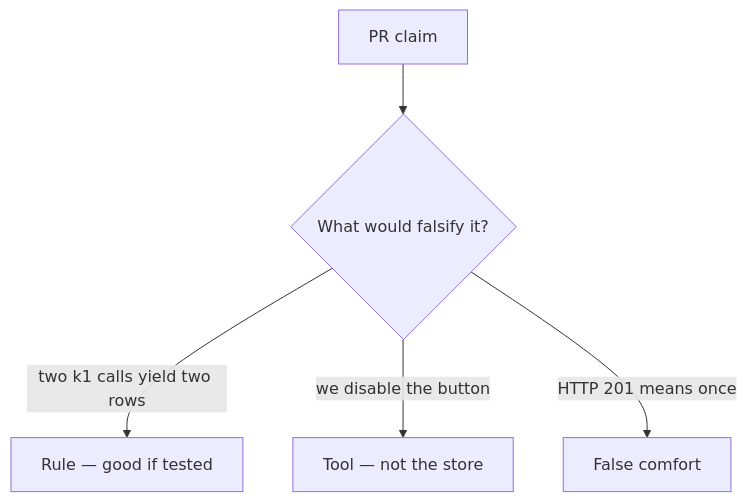
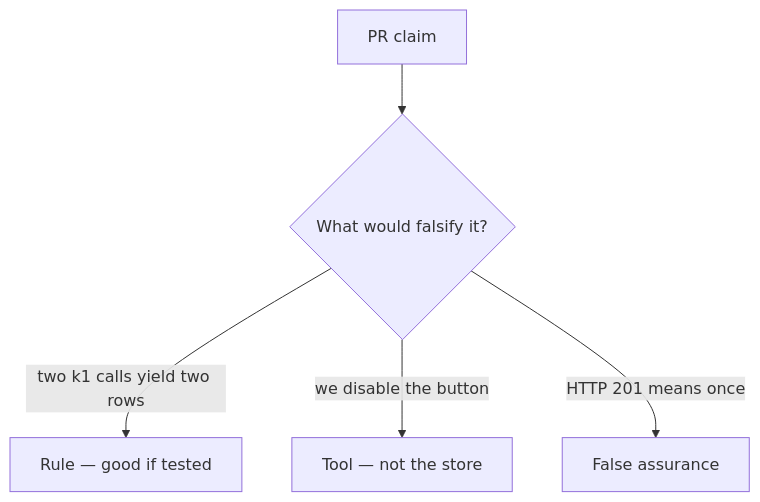
Before and after one commit to ishitvagoel/LearnSecurity: the diagram in content/modules/2/2.4/lessons/08-review.md, drawn with Mermaid. The commit also changed other lines of this file and 240 other files, not shown here.

````diff
--- a/content/modules/2/2.4/lessons/08-review.md
+++ b/content/modules/2/2.4/lessons/08-review.md
@@ -18,7 +18,7 @@
 ```mermaid
 flowchart TD
   Claim[PR claim] --> Q{"What would falsify it?"}
   Q -->|"two k1 calls yield two rows"| Property["Rule — good if tested"]
   Q -->|"we disable the button"| Mechanism[Tool — not the store]
-  Q -->|"HTTP 201 means once"| False[False comfort]
+  Q -->|"HTTP 201 means once"| False[False assurance]
 ```
````
